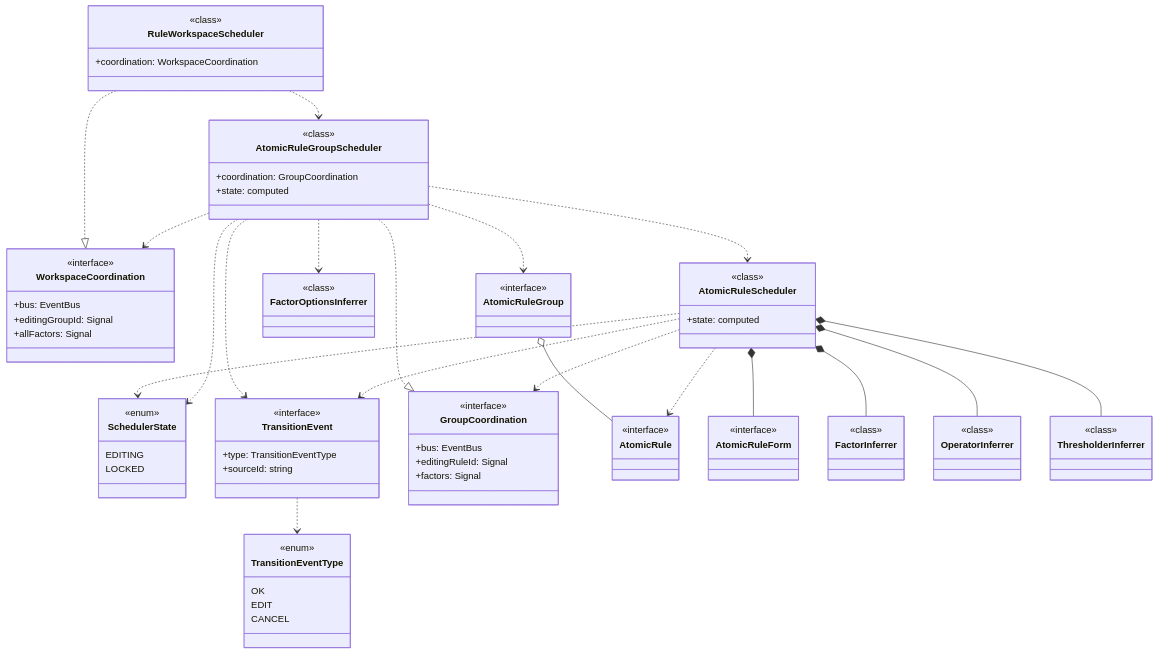
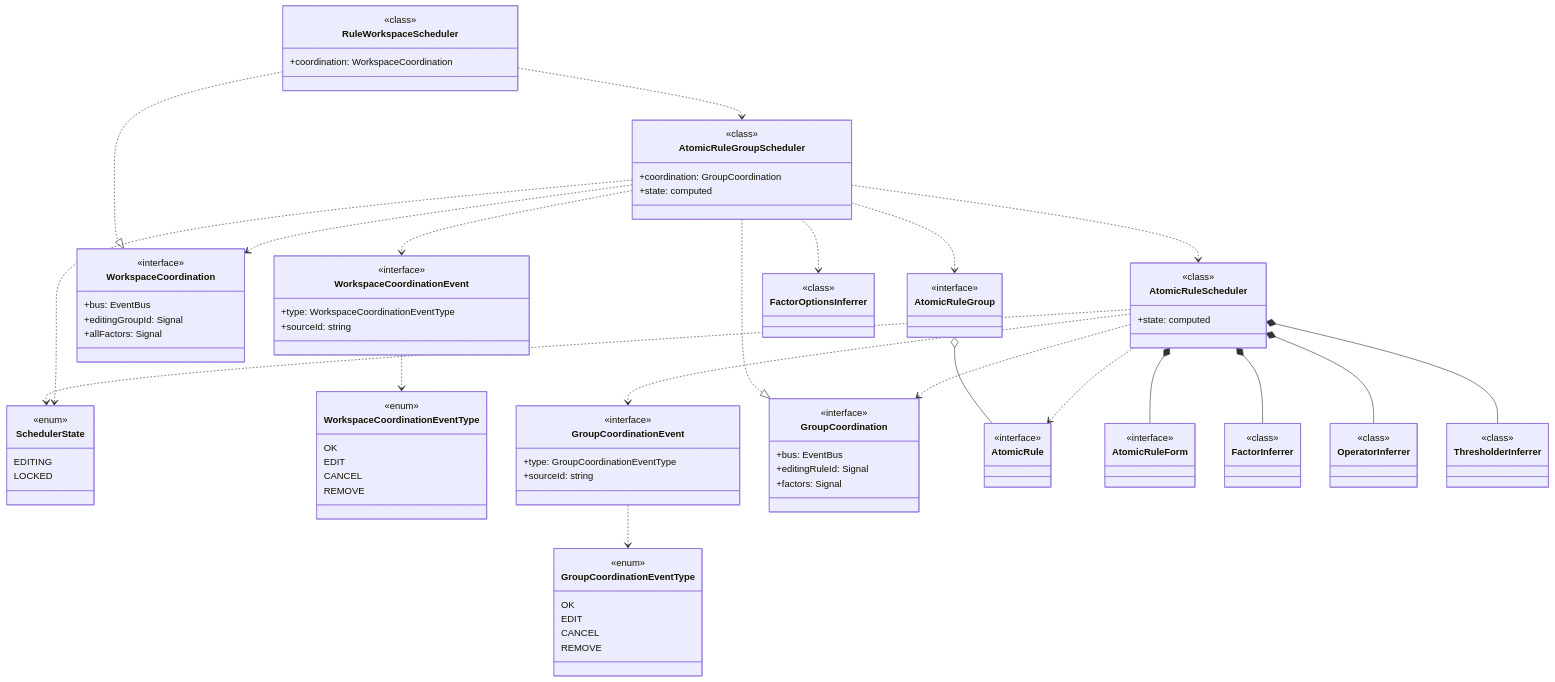
The diagram in specs/core/spec.md (huang-xiao-jian/themis), drawn with Mermaid before and after one commit. The commit also changed 2 other files, not shown here.

Commit message:
refactor(core): replace generic TransitionEvent with per-level coordination events
Replace the single TransitionEvent/TransitionEventType with level-specific
WorkspaceCoordinationEvent and GroupCoordinationEvent, each defining its own
event types (OK, EDIT, CANCEL, REMOVE). Remove parent-driven transitionState()
methods in favor of child-driven onEdit()/onCancel()/onRemove() event emission,
making the hierarchy communication contract self-contained per level.

````diff
--- a/specs/core/spec.md
+++ b/specs/core/spec.md
@@ -66,16 +66,31 @@
     LOCKED
   }
 
-  class TransitionEventType {
+  class WorkspaceCoordinationEventType {
     <<enum>>
     OK
     EDIT
     CANCEL
+    REMOVE
   }
 
-  class TransitionEvent {
+  class WorkspaceCoordinationEvent {
     <<interface>>
-    +type: TransitionEventType
+    +type: WorkspaceCoordinationEventType
+    +sourceId: string
+  }
+
+  class GroupCoordinationEventType {
+    <<enum>>
+    OK
+    EDIT
+    CANCEL
+    REMOVE
+  }
+
+  class GroupCoordinationEvent {
+    <<interface>>
+    +type: GroupCoordinationEventType
     +sourceId: string
   }
 
@@ -153,9 +168,9 @@
   AtomicRuleGroupScheduler ..|> GroupCoordination
   AtomicRuleScheduler ..> GroupCoordination
 
-  %% Event (dependency on TransitionEvent)
-  AtomicRuleGroupScheduler ..> TransitionEvent
-  AtomicRuleScheduler ..> TransitionEvent
+  %% Event (level-specific coordination events)
+  AtomicRuleGroupScheduler ..> WorkspaceCoordinationEvent
+  AtomicRuleScheduler ..> GroupCoordinationEvent
 
   %% Signal channel (downstream dependency)
   RuleWorkspaceScheduler ..> AtomicRuleGroupScheduler
@@ -167,5 +182,6 @@
   AtomicRuleGroupScheduler ..> AtomicRuleGroup
   AtomicRuleGroupScheduler ..> FactorOptionsInferrer
 
-  TransitionEvent ..> TransitionEventType
+  WorkspaceCoordinationEvent ..> WorkspaceCoordinationEventType
+  GroupCoordinationEvent ..> GroupCoordinationEventType
 ```
````
